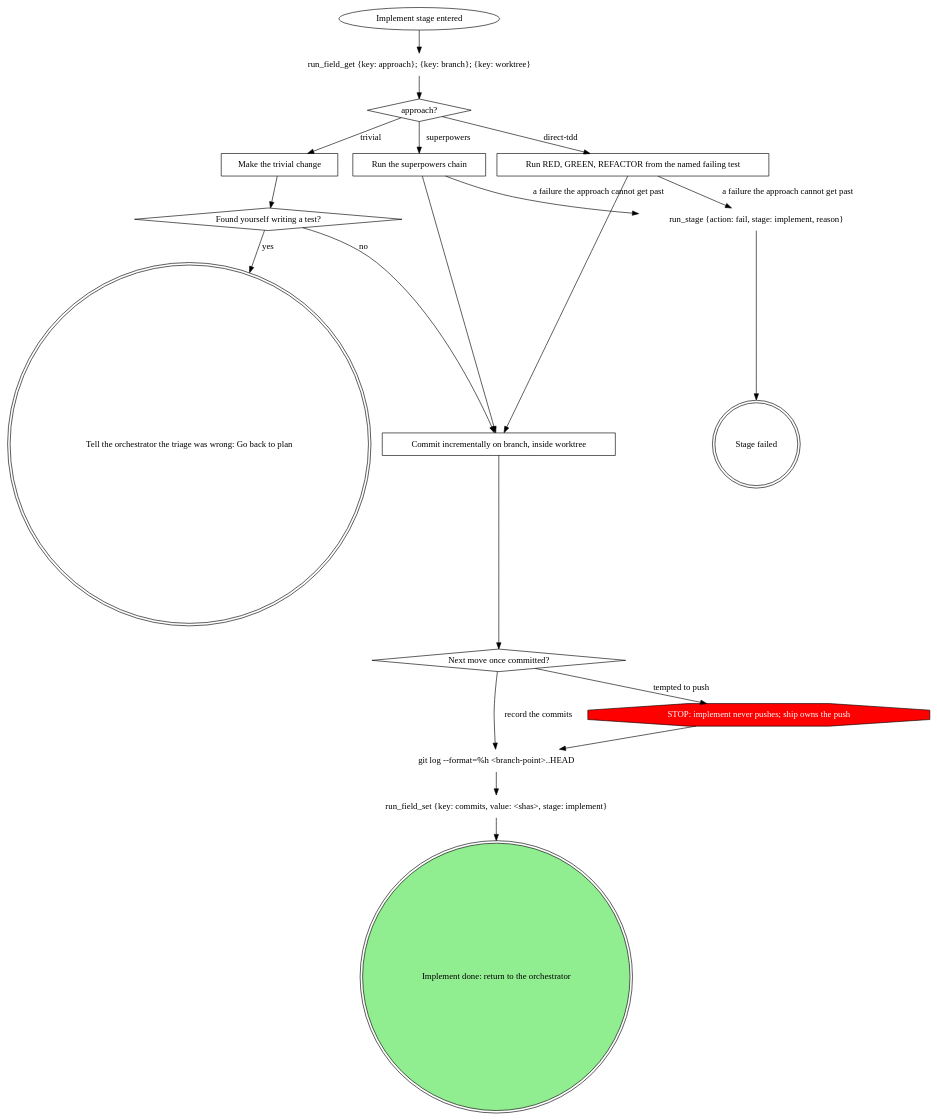
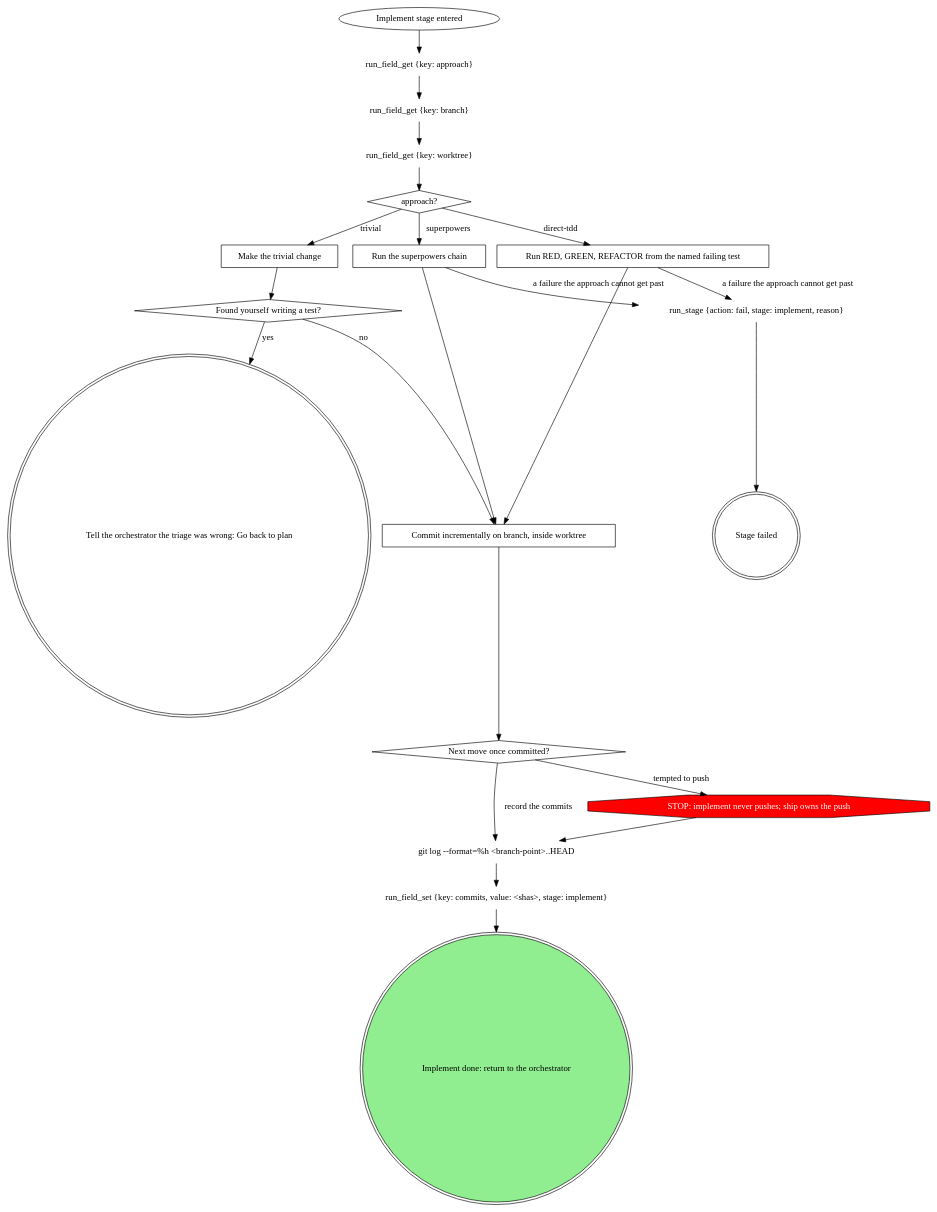
Before and after one commit to m4ttstack/mattstack: the diagram in plugins/mattstack/attachments/pipeline/stage-implement/SKILL.md, drawn with Graphviz. The commit also changed other lines of this file and 4 other files, not shown here.

````diff
--- a/plugins/mattstack/attachments/pipeline/stage-implement/SKILL.md
+++ b/plugins/mattstack/attachments/pipeline/stage-implement/SKILL.md
@@ -22,42 +21,46 @@
 ```dot
 digraph implement {
     rankdir=TB;
 
     "Implement stage entered" [shape=ellipse];
-    "run_field_get {key: approach}; {key: branch}; {key: worktree}" [shape=plaintext];
+    "run_field_get {key: approach}" [shape=plaintext];
+    "run_field_get {key: branch}" [shape=plaintext];
+    "run_field_get {key: worktree}" [shape=plaintext];
     "approach?" [shape=diamond];
     "Make the trivial change" [shape=box];
     "Found yourself writing a test?" [shape=diamond];
     "Run RED, GREEN, REFACTOR from the named failing test" [shape=box];
     "Run the superpowers chain" [shape=box];
     "Commit incrementally on branch, inside worktree" [shape=box];
     "Next move once committed?" [shape=diamond];
     "STOP: implement never pushes; ship owns the push" [shape=octagon style=filled fillcolor=red fontcolor=white];
     "git log --format=%h <branch-point>..HEAD" [shape=plaintext];
     "run_field_set {key: commits, value: <shas>, stage: implement}" [shape=plaintext];
     "run_stage {action: fail, stage: implement, reason}" [shape=plaintext];
     "Stage failed" [shape=doublecircle];
     "Tell the orchestrator the triage was wrong: Go back to plan" [shape=doublecircle];
     "Implement done: return to the orchestrator" [shape=doublecircle style=filled fillcolor=lightgreen];
 
-    "Implement stage entered" -> "run_field_get {key: approach}; {key: branch}; {key: worktree}";
-    "run_field_get {key: approach}; {key: branch}; {key: worktree}" -> "approach?";
+    "Implement stage entered" -> "run_field_get {key: approach}";
+    "run_field_get {key: approach}" -> "run_field_get {key: branch}";
+    "run_field_get {key: branch}" -> "run_field_get {key: worktree}";
+    "run_field_get {key: worktree}" -> "approach?";
     "approach?" -> "Make the trivial change" [label="trivial"];
     "approach?" -> "Run RED, GREEN, REFACTOR from the named failing test" [label="direct-tdd"];
     "approach?" -> "Run the superpowers chain" [label="superpowers"];
     "Make the trivial change" -> "Found yourself writing a test?";
     "Found yourself writing a test?" -> "Tell the orchestrator the triage was wrong: Go back to plan" [label="yes"];
     "Found yourself writing a test?" -> "Commit incrementally on branch, inside worktree" [label="no"];
     "Run RED, GREEN, REFACTOR from the named failing test" -> "Commit incrementally on branch, inside worktree";
     "Run RED, GREEN, REFACTOR from the named failing test" -> "run_stage {action: fail, stage: implement, reason}" [label="a failure the approach cannot get past"];
     "Run the superpowers chain" -> "Commit incrementally on branch, inside worktree";
     "Run the superpowers chain" -> "run_stage {action: fail, stage: implement, reason}" [label="a failure the approach cannot get past"];
     "Commit incrementally on branch, inside worktree" -> "Next move once committed?";
     "Next move once committed?" -> "git log --format=%h <branch-point>..HEAD" [label="record the commits"];
     "Next move once committed?" -> "STOP: implement never pushes; ship owns the push" [label="tempted to push"];
     "STOP: implement never pushes; ship owns the push" -> "git log --format=%h <branch-point>..HEAD";
     "git log --format=%h <branch-point>..HEAD" -> "run_field_set {key: commits, value: <shas>, stage: implement}";
     "run_field_set {key: commits, value: <shas>, stage: implement}" -> "Implement done: return to the orchestrator";
     "run_stage {action: fail, stage: implement, reason}" -> "Stage failed";
 }
 ```
````
